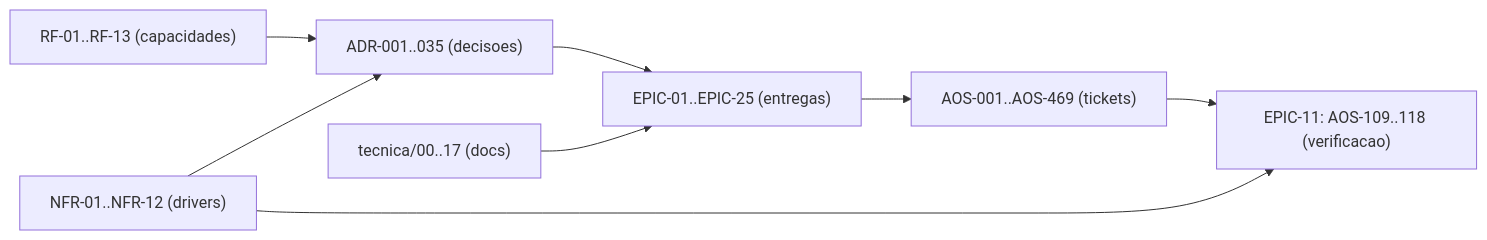
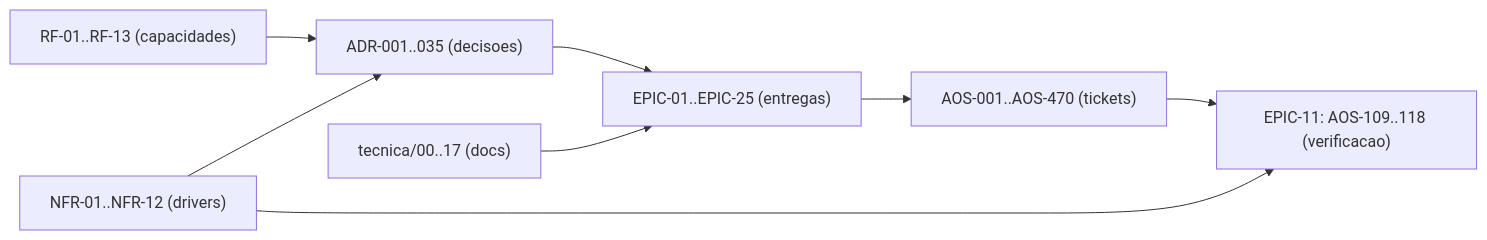
The diagram in tecnica/16_Rastreabilidade_RTM.md (albinoJimy/aos), drawn with Mermaid before and after one commit. The commit also changed other lines of this file and 37 other files, not shown here.

````diff
--- a/tecnica/16_Rastreabilidade_RTM.md
+++ b/tecnica/16_Rastreabilidade_RTM.md
@@ -199,10 +199,10 @@
 ```mermaid
 flowchart LR
     RF["RF-01..RF-13 (capacidades)"] --> ADR["ADR-001..035 (decisoes)"]
     NFR["NFR-01..NFR-12 (drivers)"] --> ADR
     ADR --> EPIC["EPIC-01..EPIC-25 (entregas)"]
-    EPIC --> TICK["AOS-001..AOS-469 (tickets)"]
+    EPIC --> TICK["AOS-001..AOS-470 (tickets)"]
     DOC["tecnica/00..17 (docs)"] --> EPIC
     TICK --> TEST["EPIC-11: AOS-109..118 (verificacao)"]
     NFR --> TEST
 ```
````
